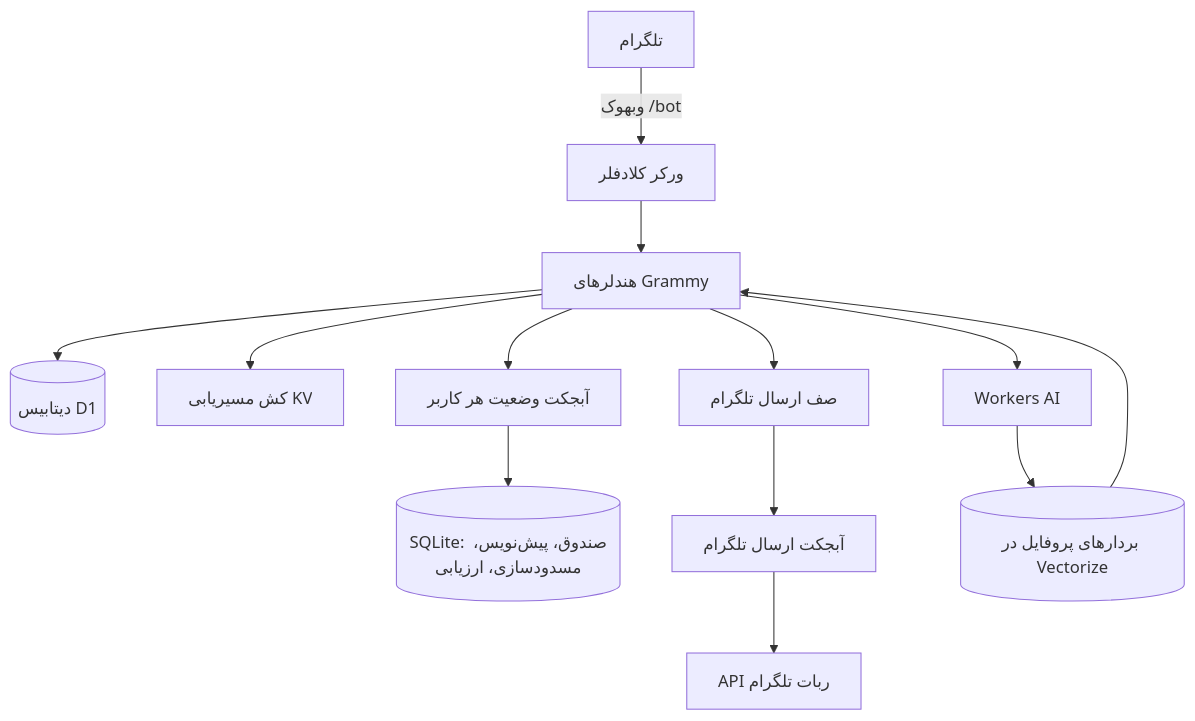
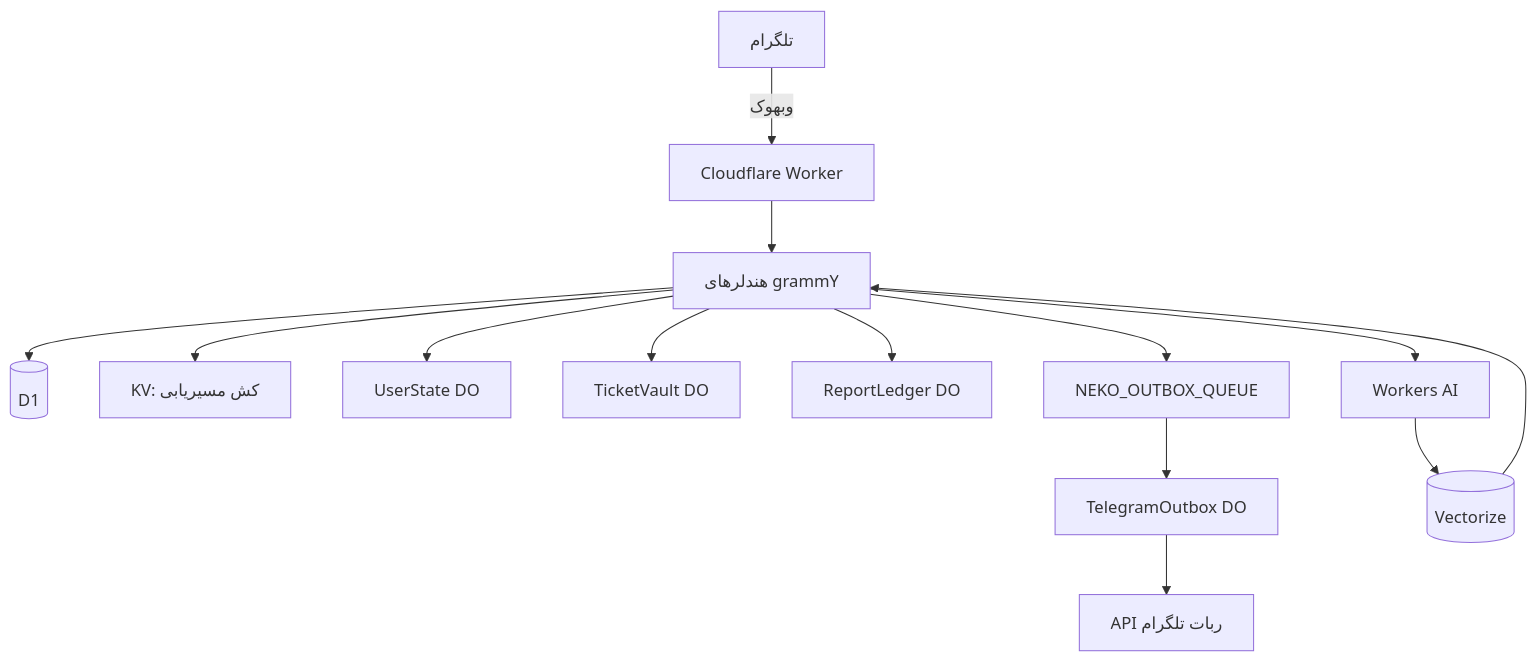
The sixth of 10 diagrams in content/fa/lab/nekonymous-anonymous-messaging-technical-lab.md (mohetios/mohetios.dev), drawn with Mermaid before and after one commit. The commit also changed other lines of this file and 4 other files, not shown here.

First line of the commit message:
Align Nekonymous lab and blog with V1 architecture and terminology.

````diff
--- a/content/fa/lab/nekonymous-anonymous-messaging-technical-lab.md
+++ b/content/fa/lab/nekonymous-anonymous-messaging-technical-lab.md
@@ -186,18 +353,19 @@
 ```mermaid
 flowchart TD
-  TG[تلگرام] -->|وبهوک /bot| Worker[ورکر کلادفلر]
-  Worker --> Grammy[هندلرهای Grammy]
+  TG[تلگرام] -->|وبهوک| Worker[Cloudflare Worker]
+  Worker --> Grammy[هندلرهای grammY]
 
-  Grammy --> D1[(دیتابیس D1)]
-  Grammy --> KV[کش مسیر‌یابی KV]
-  Grammy --> USDO[آبجکت وضعیت هر کاربر]
-  USDO --> SQLite[(SQLite: صندوق، پیش‌نویس، مسدودسازی، ارزیابی)]
+  Grammy --> D1[(D1)]
+  Grammy --> KV[KV: کش مسیر‌یابی]
+  Grammy --> USDO[UserState DO]
+  Grammy --> TVDO[TicketVault DO]
+  Grammy --> RLDO[ReportLedger DO]
 
-  Grammy --> Queue[صف ارسال تلگرام]
-  Queue --> OutboxDO[آبجکت ارسال تلگرام]
+  Grammy --> Queue[NEKO_OUTBOX_QUEUE]
+  Queue --> OutboxDO[TelegramOutbox DO]
   OutboxDO --> TGAPI[API ربات تلگرام]
 
   Grammy --> AI[Workers AI]
-  AI --> Vectorize[(بردارهای پروفایل در Vectorize)]
+  AI --> Vectorize[(Vectorize)]
   Vectorize --> Grammy
 ```
````
